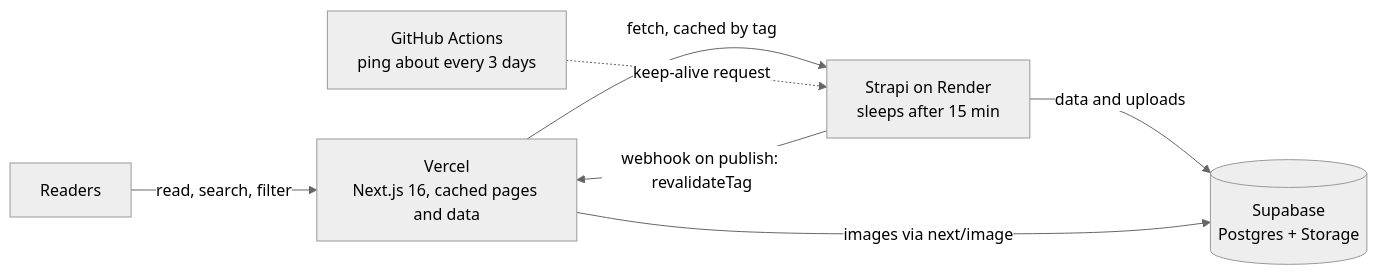
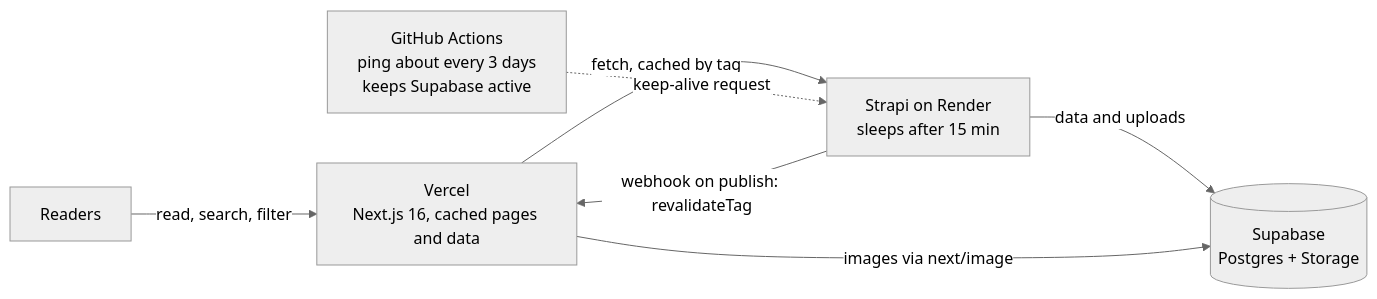
Before and after one commit to tatianadelsoglio/mini-blog-frontend: the diagram in README.md, drawn with Mermaid (neutral theme). The commit also changed other lines of this file and 1 other file, not shown here.

````diff
--- a/README.md
+++ b/README.md
@@ -28,15 +28,15 @@
 ```mermaid
 flowchart LR
   readers["Readers"]
   vercel["Vercel<br/>Next.js 16, cached pages and data"]
   strapi["Strapi on Render<br/>sleeps after 15 min"]
   supabase[("Supabase<br/>Postgres + Storage")]
-  actions["GitHub Actions<br/>ping about every 3 days"]
+  actions["GitHub Actions<br/>ping about every 3 days<br/>keeps Supabase active"]
 
   readers -->|"read, search, filter"| vercel
   vercel -->|"fetch, cached by tag"| strapi
   strapi -->|"webhook on publish: revalidateTag"| vercel
   strapi -->|"data and uploads"| supabase
   vercel -->|"images via next/image"| supabase
   actions -.->|"keep-alive request"| strapi
 ```
````
